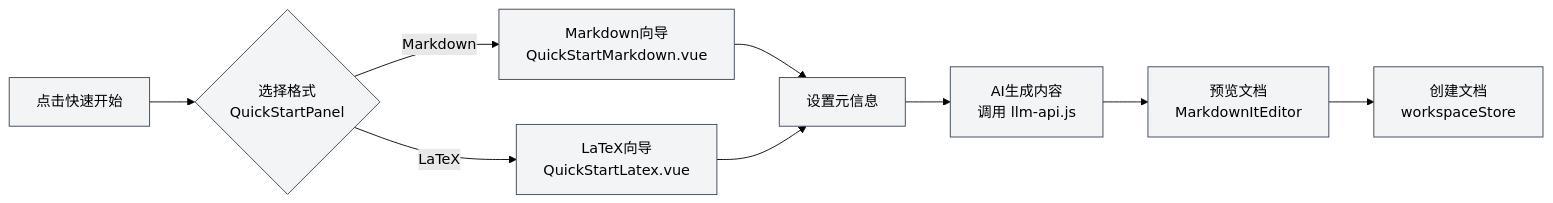
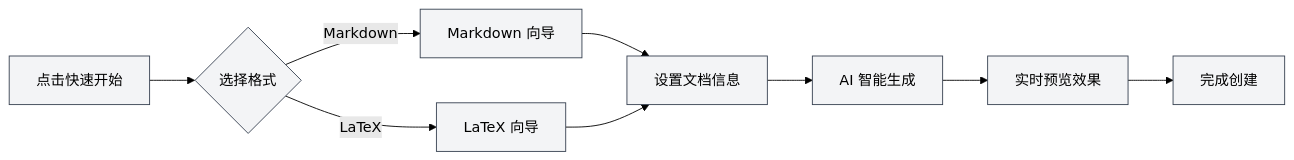
One commit to JaredYe04/MetaDoc changed the second of 2 diagrams in meta-doc/src/renderer/src/manuals/zh_CN/quick-start/guide.md. Above: the diagram before and after it, drawn with Mermaid (forest theme). The commit also changed other lines of this file and 1 other file, not shown here.

````diff
--- a/meta-doc/src/renderer/src/manuals/zh_CN/quick-start/guide.md
+++ b/meta-doc/src/renderer/src/manuals/zh_CN/quick-start/guide.md
@@ -125,19 +130,19 @@
 ```mermaid
 graph LR
-    A[点击快速开始] --> B{选择格式<br/>QuickStartPanel}
-    B -->|Markdown| C[Markdown向导<br/>QuickStartMarkdown.vue]
-    B -->|LaTeX| D[LaTeX向导<br/>QuickStartLatex.vue]
-    C --> E[设置元信息]
+    A[点击快速开始] --> B{选择格式}
+    B -->|Markdown| C[Markdown 向导]
+    B -->|LaTeX| D[LaTeX 向导]
+    C --> E[设置文档信息]
     D --> E
-    E --> F[AI生成内容<br/>调用 llm-api.js]
-    F --> G[预览文档<br/>MarkdownItEditor]
-    G --> H[创建文档<br/>workspaceStore]
+    E --> F[AI 智能生成]
+    F --> G[实时预览效果]
+    G --> H[完成创建]
     style A fill:#f3f4f6,stroke:#374151
     style B fill:#f3f4f6,stroke:#374151
     style C fill:#f3f4f6,stroke:#374151
     style D fill:#f3f4f6,stroke:#374151
     style E fill:#f3f4f6,stroke:#374151
     style F fill:#f3f4f6,stroke:#374151
     style G fill:#f3f4f6,stroke:#374151
     style H fill:#f3f4f6,stroke:#374151
 ```
````
